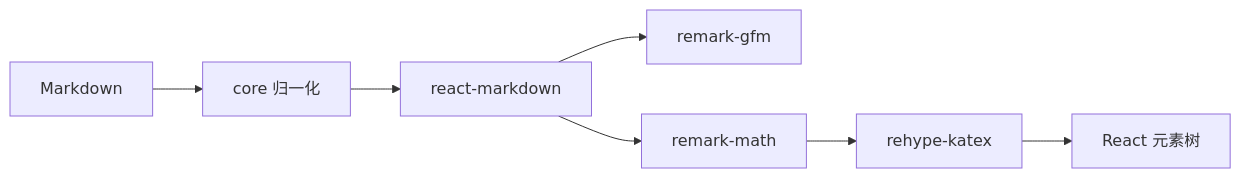
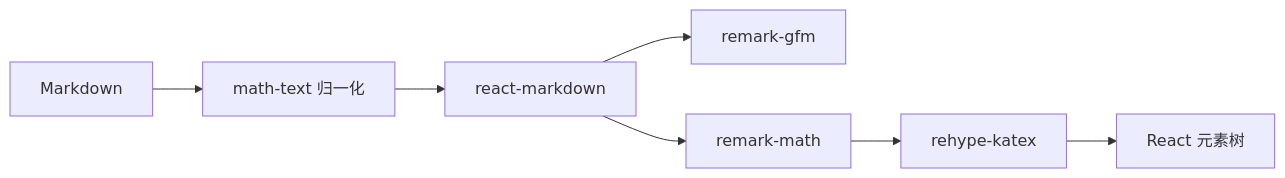
The third of 3 diagrams in docs/TECHNICAL_GUIDE.md (leci-deeply/equakit), drawn with Mermaid before and after one commit. The commit also changed other lines of this file and 205 other files, not shown here.

````diff
--- a/docs/TECHNICAL_GUIDE.md
+++ b/docs/TECHNICAL_GUIDE.md
@@ -275,9 +284,9 @@
 ```mermaid
 flowchart LR
-    Source[Markdown] --> Normalize[core 归一化]
+    Source[Markdown] --> Normalize[math-text 归一化]
     Normalize --> ReactMarkdown[react-markdown]
     ReactMarkdown --> GFM[remark-gfm]
     ReactMarkdown --> Math[remark-math]
     Math --> KaTeX[rehype-katex]
     KaTeX --> ReactTree[React 元素树]
 ```
````
